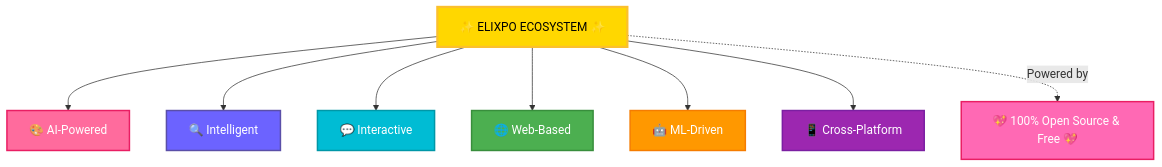
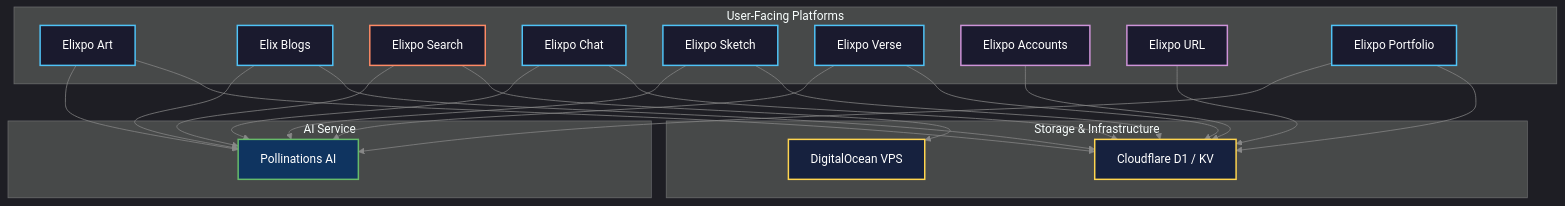
The diagram in profile/README.md (elixpo/.github), drawn with Mermaid before and after one commit. The commit also changed other lines of this file, not shown here.

````diff
--- a/profile/README.md
+++ b/profile/README.md
@@ -18,31 +105,39 @@
 ```mermaid
-graph TB
-    A["🎨 AI-Powered"]:::creative
-    B["🔍 Intelligent"]:::intelligence
-    C["💬 Interactive"]:::interactive
-    D["🌐 Web-Based"]:::web
-    E["🤖 ML-Driven"]:::ml
-    F["📱 Cross-Platform"]:::platform
-    
-    H["✨ ELIXPO ECOSYSTEM ✨"]:::center
-    
-    H --> A
-    H --> B
-    H --> C
-    H --> D
-    H --> E
-    H --> F
-    
-    G["💖 100% Open Source & Free 💖"]:::highlight
-    
-    H -.->|Powered by| G
-    
-    classDef creative fill:#FF6B9D,stroke:#E91E63,stroke-width:2px,color:#fff;
-    classDef intelligence fill:#6C63FF,stroke:#5A4FA8,stroke-width:2px,color:#fff;
-    classDef interactive fill:#00BCD4,stroke:#0097A7,stroke-width:2px,color:#fff;
-    classDef web fill:#4CAF50,stroke:#388E3C,stroke-width:2px,color:#fff;
-    classDef ml fill:#FF9800,stroke:#F57C00,stroke-width:2px,color:#fff;
-    classDef platform fill:#9C27B0,stroke:#7B1FA2,stroke-width:2px,color:#fff;
-    classDef center fill:#FFD700,stroke:#FBC02D,stroke-width:3px,color:#000;
-    classDef highlight fill:#FF69B4,stroke:#E91E63,stroke-width:2px,color:#fff;
+%%{init: {'theme': 'dark', 'themeVariables': {'primaryColor': '#1a1a2e', 'primaryTextColor': '#ffffff', 'lineColor': '#888888', 'secondaryColor': '#16213e', 'tertiaryColor': '#0f3460'}}}%%
+graph TD
+    subgraph User-Facing Platforms
+        A[Elixpo Art]:::service
+        B[Elix Blogs]:::service
+        C[Elixpo Search]:::search
+        F[Elixpo Chat]:::service
+        D[Elixpo Sketch]:::service
+        G[Elixpo Verse]:::service
+        H[Elixpo Accounts]:::standalone
+        I[Elixpo URL]:::standalone
+        J[Elixpo Portfolio]:::service
+    end
+
+    subgraph AI Service
+        P[Pollinations AI]:::api
+    end
+
+    subgraph Storage & Infrastructure
+        CF[Cloudflare D1 / KV]:::storage
+        DO[DigitalOcean VPS]:::storage
+    end
+
+    %% AI connections - all except Accounts and URL
+    A & B & F & D & G & J --> P
+    C --> P
+
+    %% Storage connections
+    A & B & F & D & G & H & I & J --> CF
+    C --> DO
+
+    %% Styling
+    classDef service fill:#1a1a2e,stroke:#4fc3f7,stroke-width:2px,color:#ffffff;
+    classDef search fill:#1a1a2e,stroke:#ff8a65,stroke-width:2px,color:#ffffff;
+    classDef standalone fill:#1a1a2e,stroke:#ce93d8,stroke-width:2px,color:#ffffff;
+    classDef api fill:#0f3460,stroke:#66bb6a,stroke-width:2px,color:#ffffff;
+    classDef storage fill:#16213e,stroke:#ffd54f,stroke-width:2px,color:#ffffff;
 ```
````
